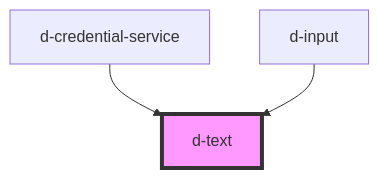
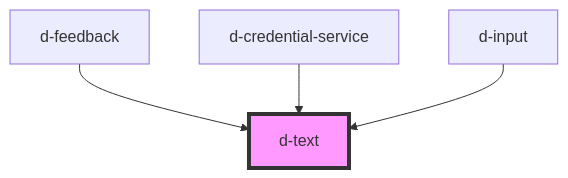
The diagram in src/components/text/readme.md (ForkbombEu/didroom-components), drawn with Mermaid before and after one commit. The commit also changed other lines of this file and 9 other files, not shown here.

````diff
--- a/src/components/text/readme.md
+++ b/src/components/text/readme.md
@@ -24,6 +25,7 @@
 ```mermaid
 graph TD;
+  d-feedback --> d-text
   d-credential-service --> d-text
   d-input --> d-text
   style d-text fill:#f9f,stroke:#333,stroke-width:4px
 ```
````
